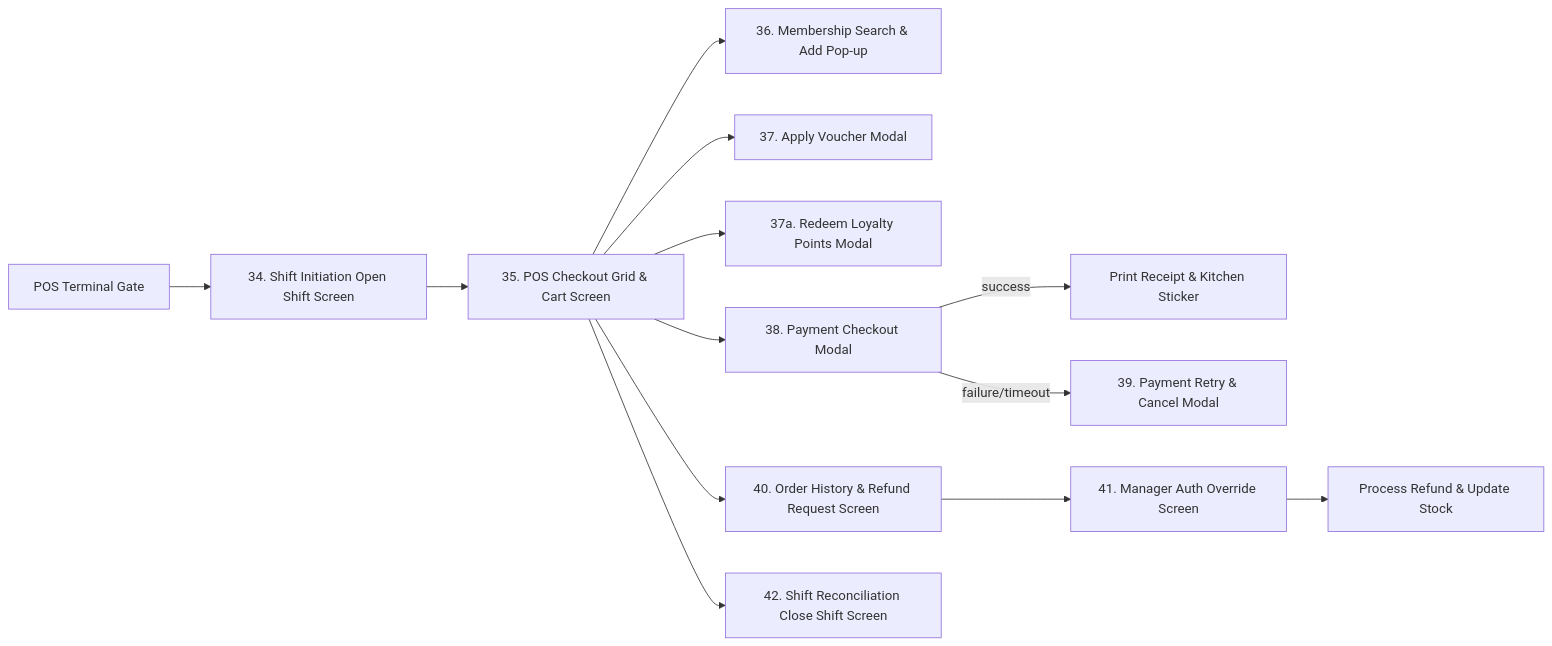
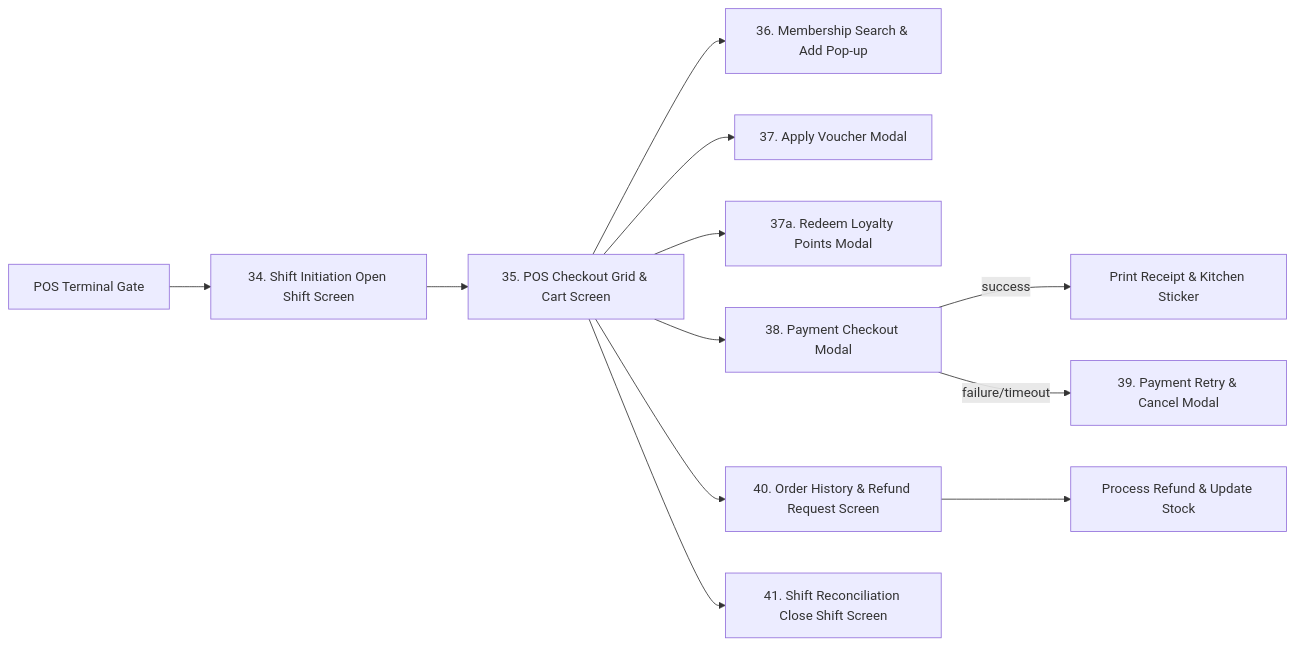
Before and after one commit to Shaichi/Khoga_coffe_shop: the fourth of 6 diagrams in sections/03_1_functional_overview.md, drawn with Mermaid. The commit also changed other lines of this file and 45 other files, not shown here.

````diff
--- a/sections/03_1_functional_overview.md
+++ b/sections/03_1_functional_overview.md
@@ -80,18 +87,17 @@
 ```mermaid
 graph LR
     POSHome[POS Terminal Gate] --> ShiftOpen[34. Shift Initiation Open Shift Screen]
     ShiftOpen --> CashierSale[35. POS Checkout Grid & Cart Screen]
     
     CashierSale --> MemberLookup[36. Membership Search & Add Pop-up]
     CashierSale --> ApplyPromo[37. Apply Voucher Modal]
     CashierSale --> RedeemPoints[37a. Redeem Loyalty Points Modal]
     CashierSale --> PayModal[38. Payment Checkout Modal]
     PayModal -->|success| PrintReceipt[Print Receipt & Kitchen Sticker]
     PayModal -->|failure/timeout| PayFail[39. Payment Retry & Cancel Modal]
     
     CashierSale --> OrderHistory[40. Order History & Refund Request Screen]
-    OrderHistory --> AuthOverride[41. Manager Auth Override Screen]
-    AuthOverride --> RefundConfirm[Process Refund & Update Stock]
+    OrderHistory --> RefundConfirm[Process Refund & Update Stock]
     
-    CashierSale --> ShiftClose[42. Shift Reconciliation Close Shift Screen]
+    CashierSale --> ShiftClose[41. Shift Reconciliation Close Shift Screen]
 ```
````
